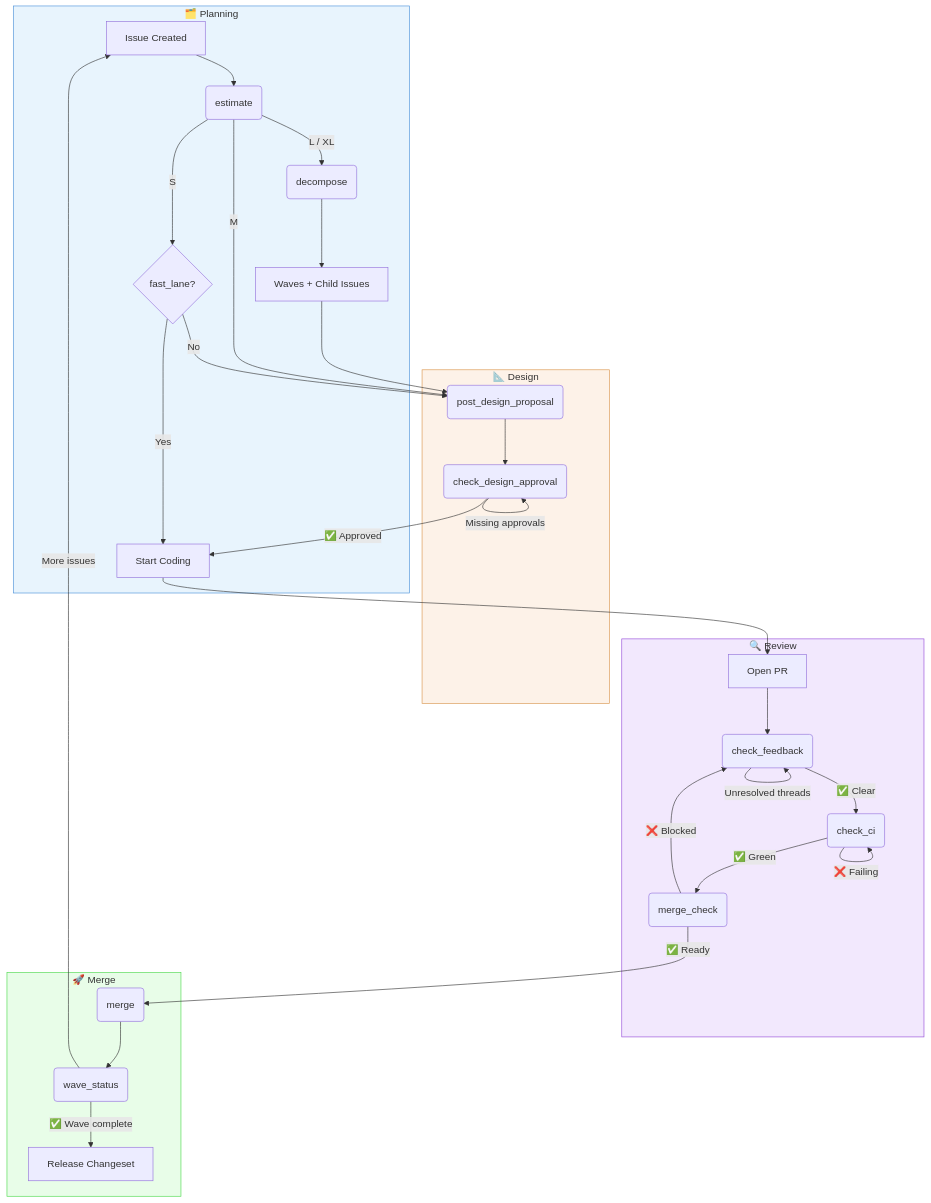
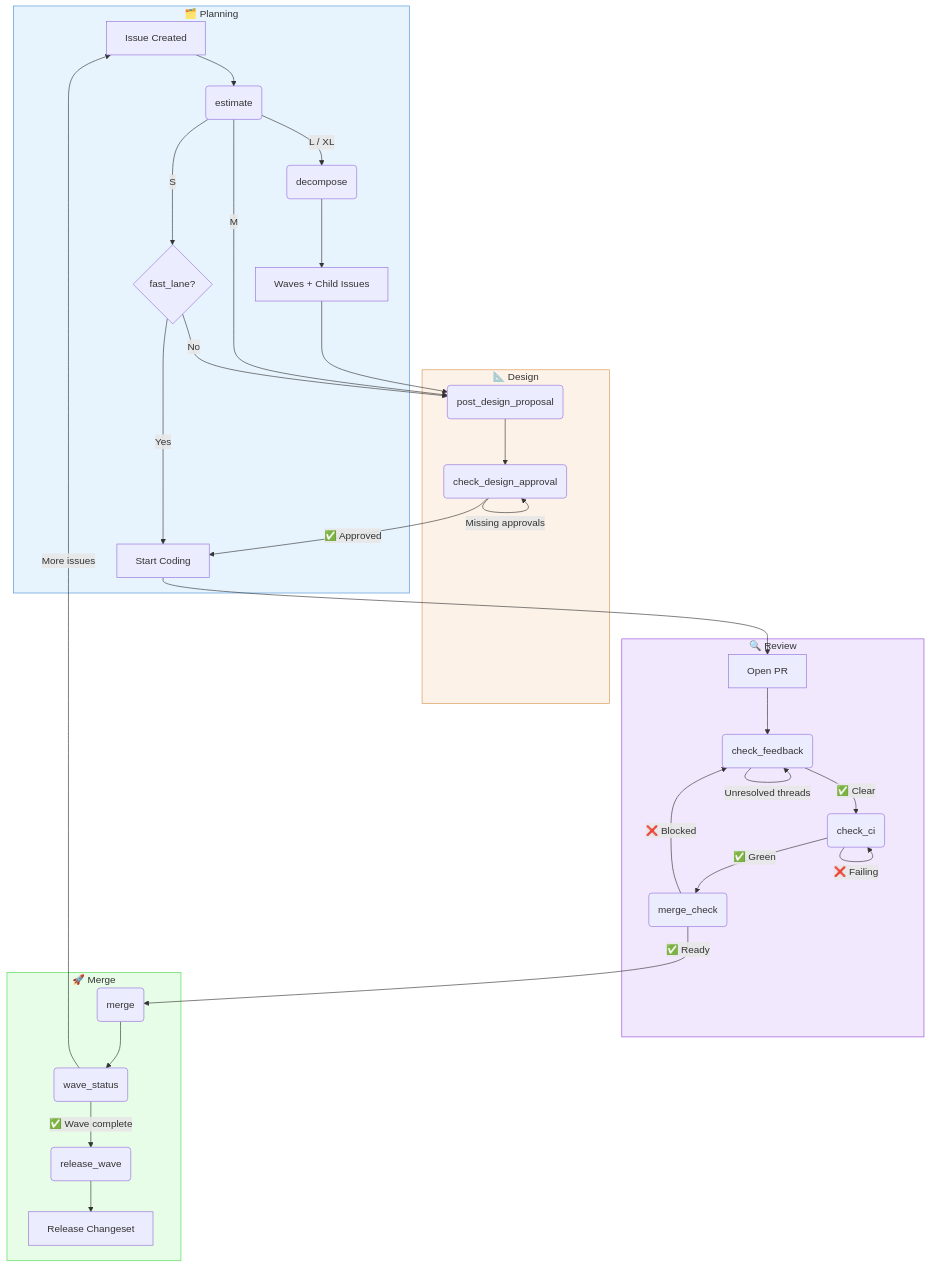
The diagram in README.md (sabbour/squad-workflows), drawn with Mermaid before and after one commit. The commit also changed other lines of this file and 132 other files, not shown here.

First line of the commit message:
feat: add release_wave tool for wave completion lifecycle

````diff
--- a/README.md
+++ b/README.md
@@ -14,41 +14,42 @@
 ```mermaid
 flowchart TD
     subgraph Planning ["🗂️ Planning"]
         A[Issue Created] --> B(estimate)
         B -->|L / XL| C(decompose)
         C --> D[Waves + Child Issues]
         B -->|S| FL{fast_lane?}
         FL -->|Yes| CODE
     end
 
     subgraph Design ["📐 Design"]
         D --> DP(post_design_proposal)
         B -->|M| DP
         FL -->|No| DP
         DP --> DR(check_design_approval)
         DR -->|Missing approvals| DR
         DR -->|✅ Approved| CODE[Start Coding]
     end
 
     subgraph Review ["🔍 Review"]
         CODE --> PR[Open PR]
         PR --> FB(check_feedback)
         FB -->|Unresolved threads| FB
         FB -->|✅ Clear| CI(check_ci)
         CI -->|❌ Failing| CI
         CI -->|✅ Green| MC(merge_check)
     end
 
     subgraph Merge ["🚀 Merge"]
         MC -->|❌ Blocked| FB
         MC -->|✅ Ready| MG(merge)
         MG --> WS(wave_status)
         WS -->|More issues| A
-        WS -->|✅ Wave complete| REL[Release Changeset]
+        WS -->|✅ Wave complete| RW(release_wave)
+        RW --> REL[Release Changeset]
     end
 
     style Planning fill:#e8f4fd,stroke:#4a90d9
     style Design fill:#fdf2e8,stroke:#d9944a
     style Review fill:#f2e8fd,stroke:#944ad9
     style Merge fill:#e8fde8,stroke:#4ad94a
 ```
````
